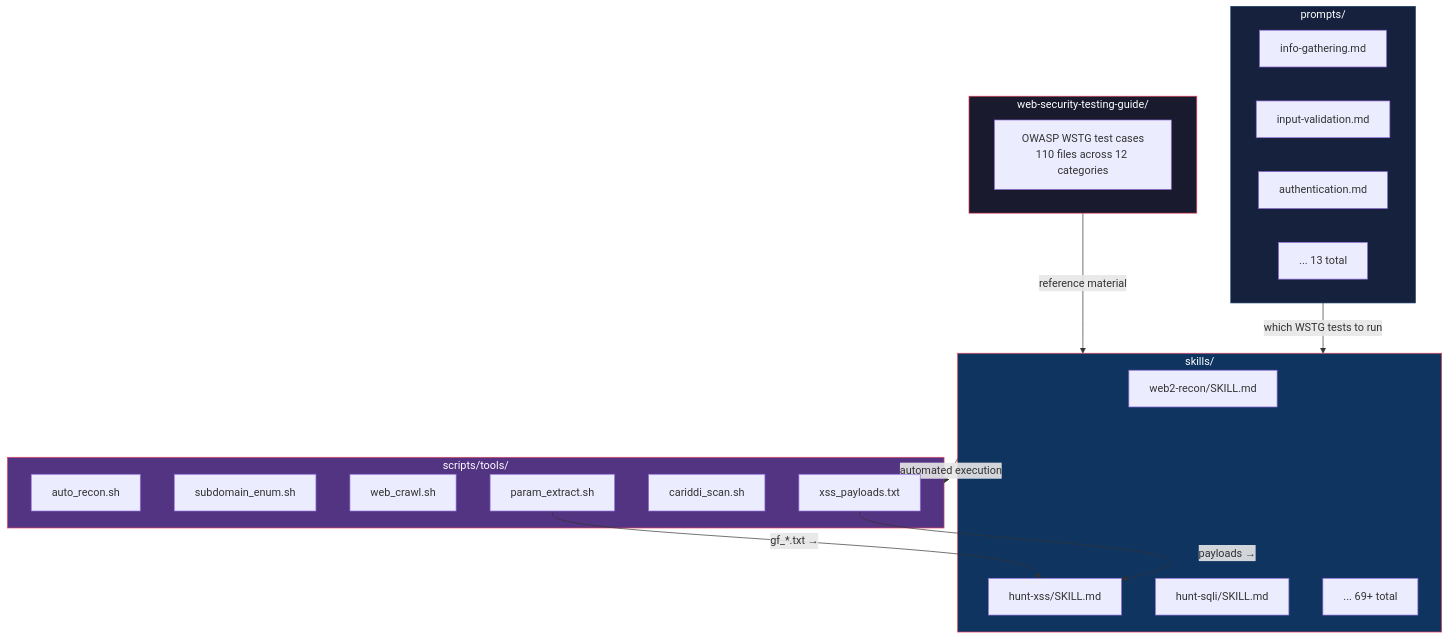
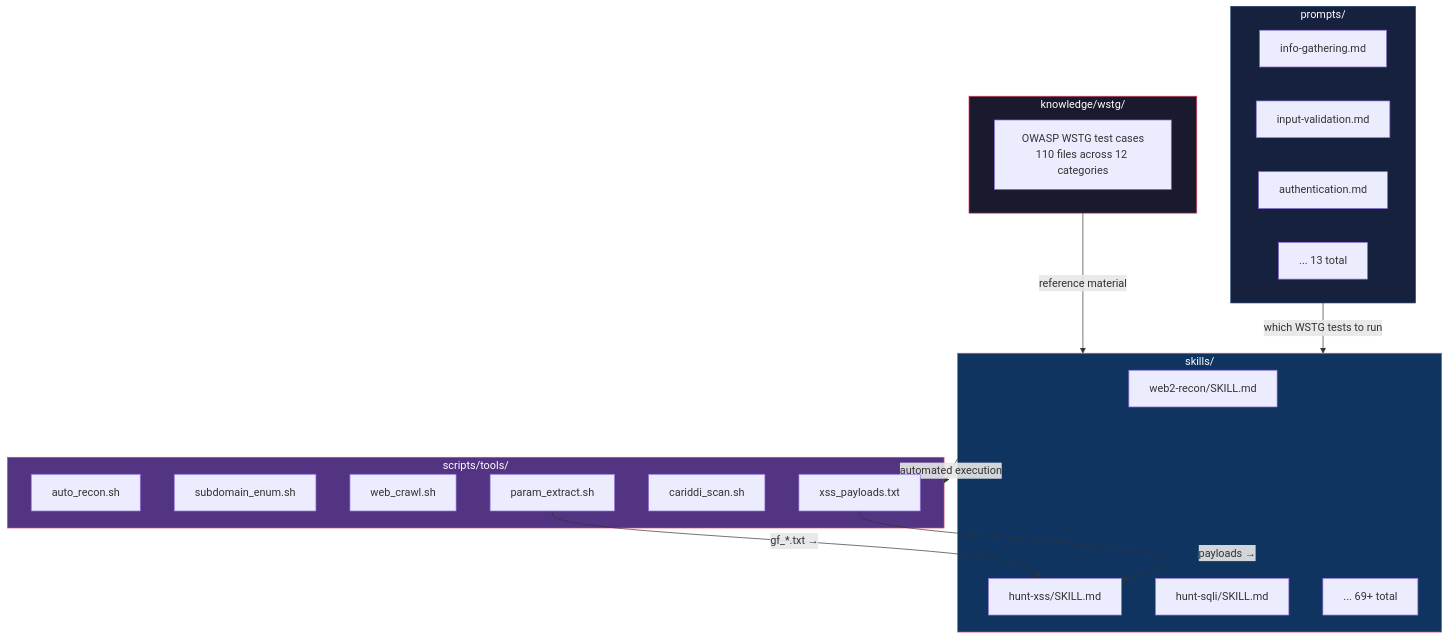
The diagram in scripts/tools/README.md (manojxshrestha/dristi), drawn with Mermaid before and after one commit. The commit also changed other lines of this file and 12 other files, not shown here.

````diff
--- a/scripts/tools/README.md
+++ b/scripts/tools/README.md
@@ -10,37 +10,37 @@
 ```mermaid
 graph TD
-    subgraph WSTG["web-security-testing-guide/"]
+    subgraph WSTG["knowledge/wstg/"]
         W["OWASP WSTG test cases<br/>110 files across 12 categories"]
     end
     subgraph P["prompts/"]
         P1["info-gathering.md"]
         P2["input-validation.md"]
         P3["authentication.md"]
         P4["... 13 total"]
     end
     subgraph S["skills/"]
         S1["web2-recon/SKILL.md"]
         S2["hunt-xss/SKILL.md"]
         S3["hunt-sqli/SKILL.md"]
         S4["... 69+ total"]
     end
     subgraph T["scripts/tools/"]
         T1["auto_recon.sh"]
         T2["subdomain_enum.sh"]
         T3["web_crawl.sh"]
         T4["param_extract.sh"]
         T5["cariddi_scan.sh"]
         T6["xss_payloads.txt"]
     end
 
     WSTG -->|"reference material"| S
     P -->|"which WSTG tests to run"| S
     S -->|"automated execution"| T
     T4 -->|"gf_*.txt →"| S2
     T6 -->|"payloads →"| S2
 
     style WSTG fill:#1a1a2e,stroke:#e94560,color:#fff
     style P fill:#16213e,stroke:#0f3460,color:#fff
     style S fill:#0f3460,stroke:#e94560,color:#fff
     style T fill:#533483,stroke:#e94560,color:#fff
 ```
````
